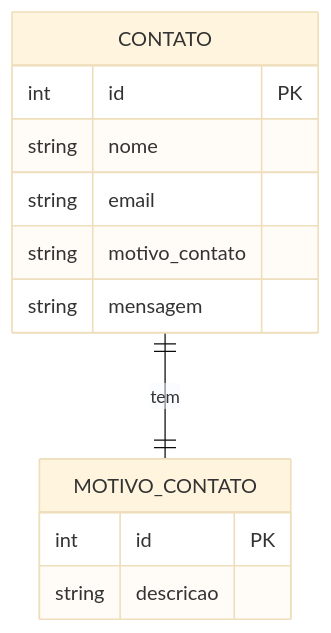
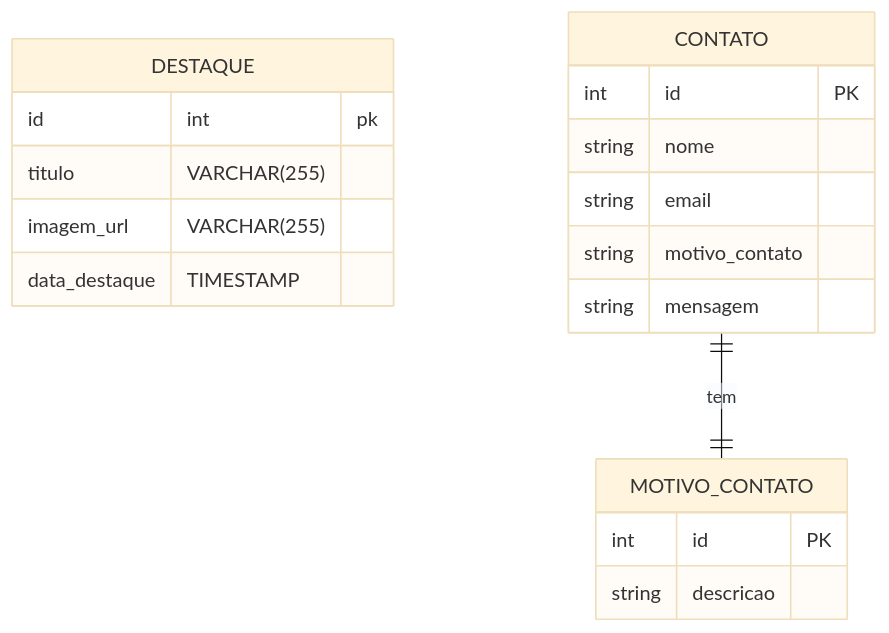
The diagram in README.md (lealkedna/Mambee-Portfolio), drawn with Mermaid (base theme) before and after one commit.

Commit message:
"docs: update README.md"

````diff
--- a/README.md
+++ b/README.md
@@ -3,18 +3,25 @@
 ```mermaid
 erDiagram
+    DESTAQUE {
+        id int pk
+        titulo VARCHAR(255)
+        imagem_url VARCHAR(255)
+        data_destaque TIMESTAMP
+    }
+
     CONTATO {
         int id PK
         string nome
         string email
         string motivo_contato
         string mensagem
     }
 
     MOTIVO_CONTATO {
         int id PK
         string descricao
     }
 
     CONTATO ||--|| MOTIVO_CONTATO : "tem"
 
 ```
````
